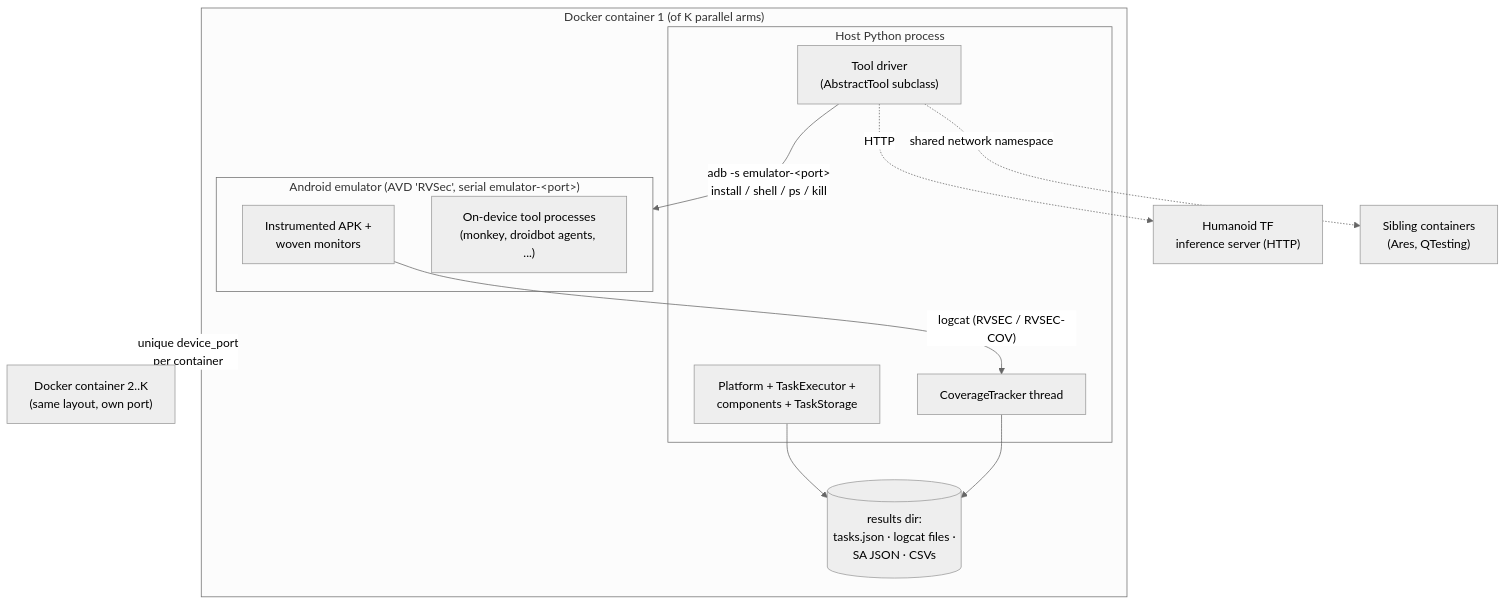
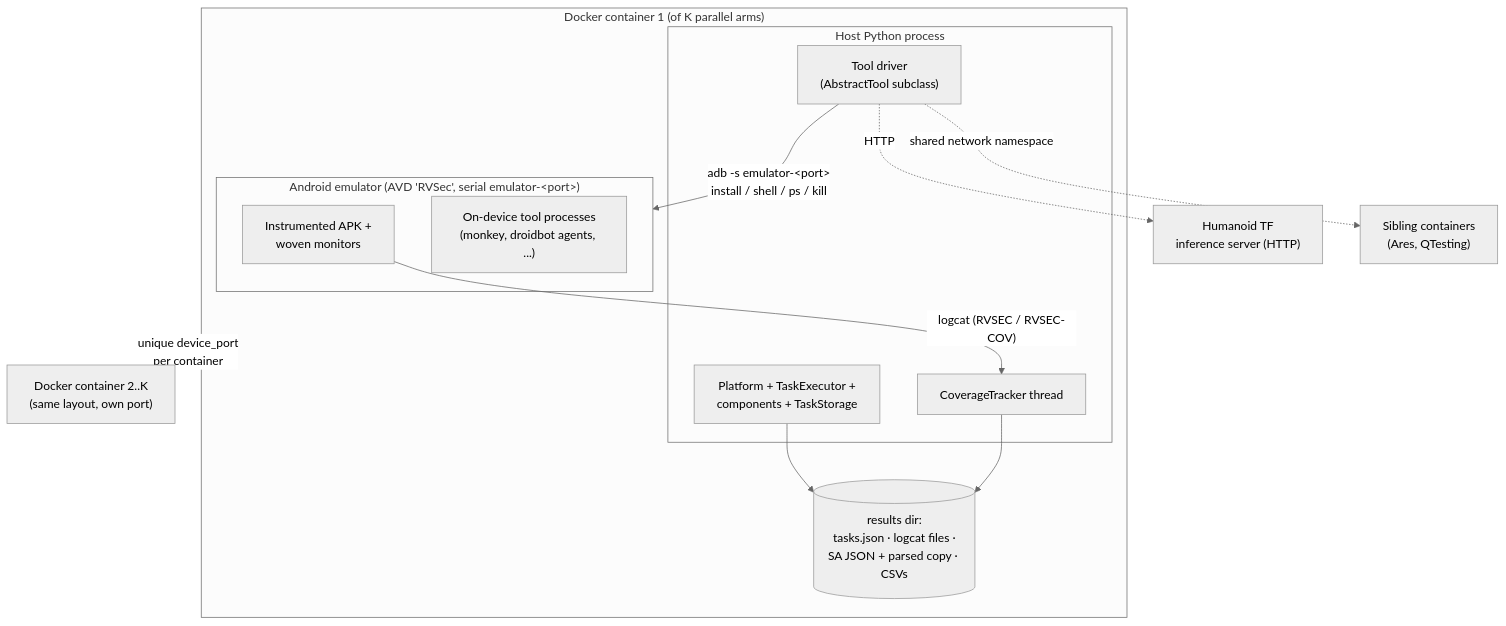
One commit to PAMunb/rvsec changed the fourth of 4 diagrams in rv-android/docs/architecture/rv-platform.md. Above: the diagram before and after it, drawn with Mermaid. The commit also changed other lines of this file and 7 other files, not shown here.

````diff
--- a/rv-android/docs/architecture/rv-platform.md
+++ b/rv-android/docs/architecture/rv-platform.md
@@ -1168,28 +1327,28 @@
 ```mermaid
 %%{init: {'theme': 'neutral'}}%%
 flowchart TB
     subgraph container1["Docker container 1 (of K parallel arms)"]
         subgraph hostproc["Host Python process"]
             plat["Platform + TaskExecutor +<br/>components + TaskStorage"]
             trk["CoverageTracker thread"]
             drv["Tool driver<br/>(AbstractTool subclass)"]
         end
         subgraph emunode["Android emulator (AVD 'RVSec', serial emulator-&lt;port&gt;)"]
             apkNode["Instrumented APK +<br/>woven monitors"]
             devtool["On-device tool processes<br/>(monkey, droidbot agents, ...)"]
         end
-        resultsdir[("results dir:<br/>tasks.json · logcat files ·<br/>SA JSON · CSVs")]
+        resultsdir[("results dir:<br/>tasks.json · logcat files ·<br/>SA JSON + parsed copy · CSVs")]
     end
 
     container2["Docker container 2..K<br/>(same layout, own port)"]
     siblings["Sibling containers<br/>(Ares, QTesting)"]
     humanoidsrv["Humanoid TF<br/>inference server (HTTP)"]
 
     drv -->|"adb -s emulator-&lt;port&gt;<br/>install / shell / ps / kill"| emunode
     apkNode -->|"logcat (RVSEC / RVSEC-COV)"| trk
     plat --> resultsdir
     trk --> resultsdir
     drv -.->|"shared network namespace"| siblings
     drv -.->|"HTTP"| humanoidsrv
     container1 -.-|"unique device_port<br/>per container"| container2
 ```
````
